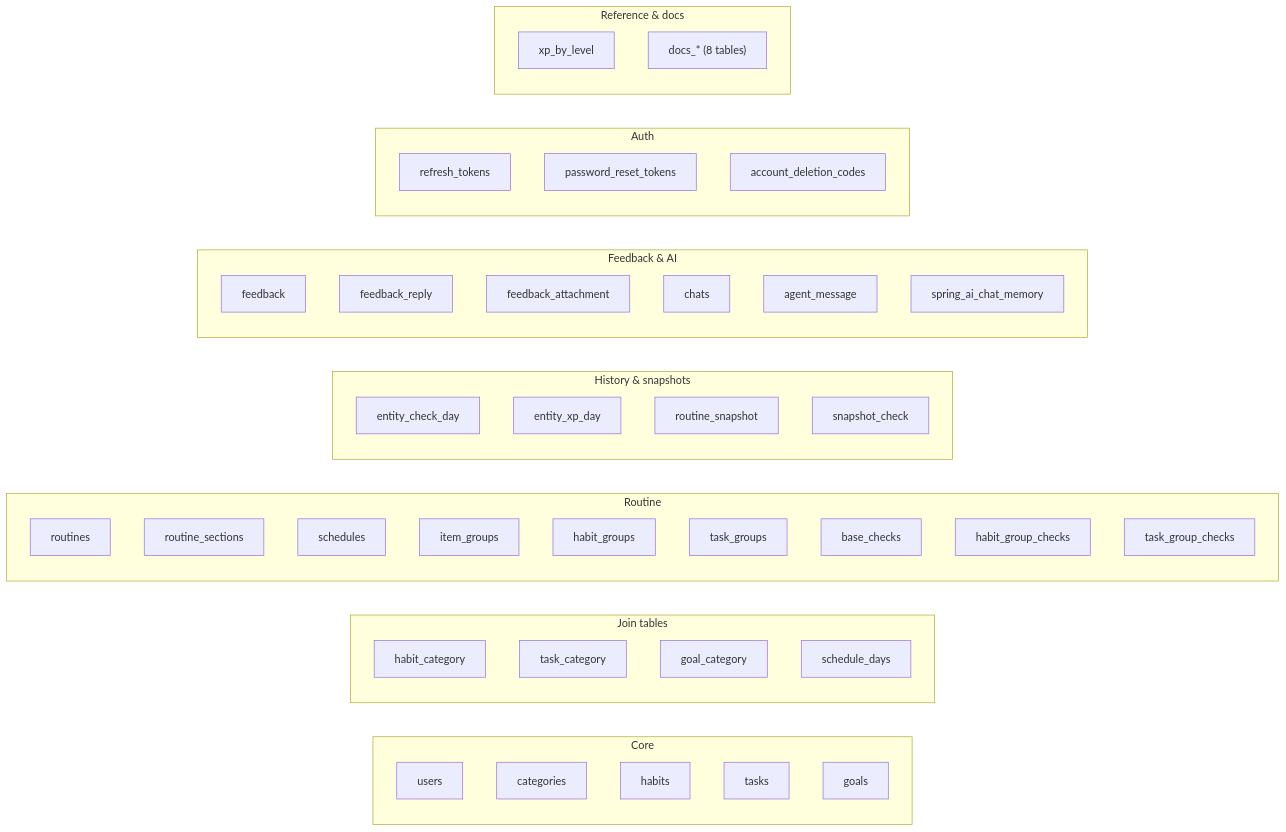
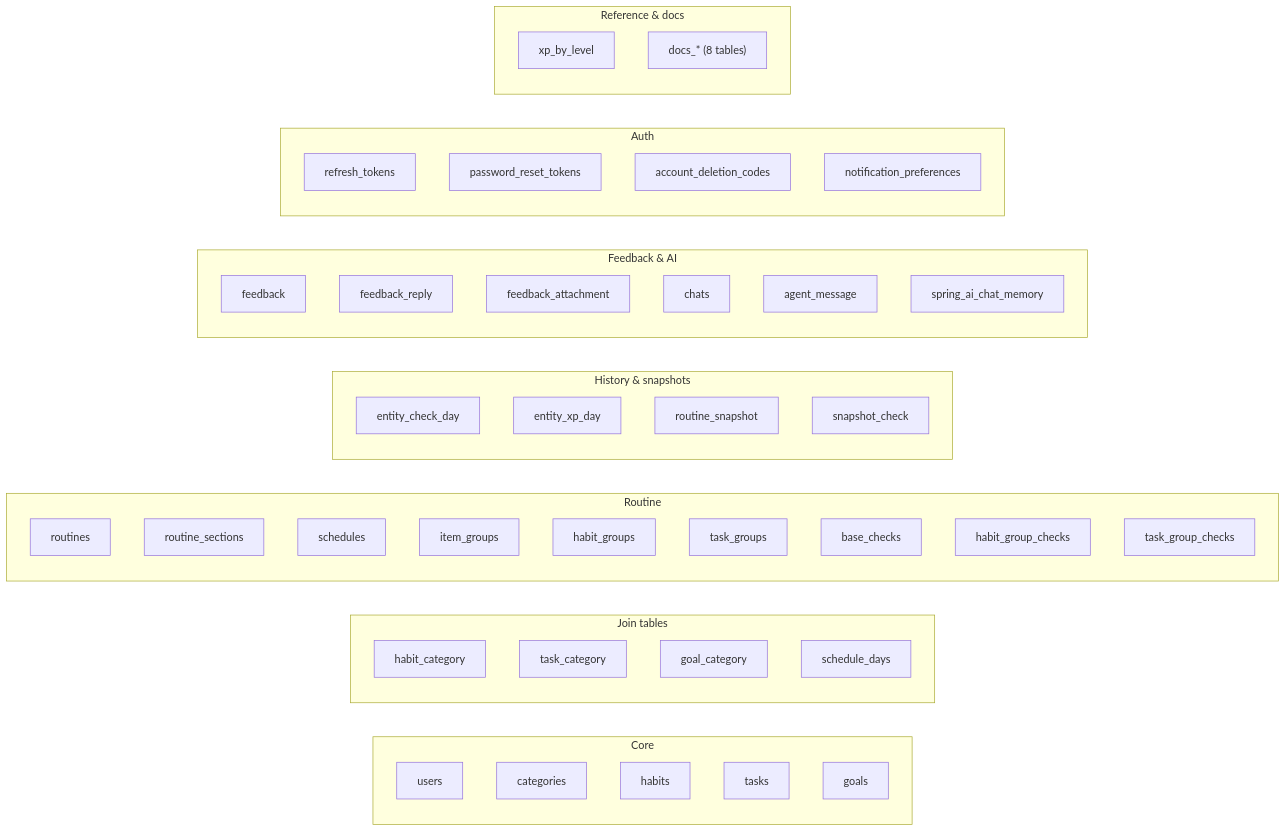
The fifth of 5 diagrams in architecture/domain-model/en.md (AndDev741/Beyou-arch-design), drawn with Mermaid before and after one commit. The commit also changed other lines of this file and 7 other files, not shown here.

````diff
--- a/architecture/domain-model/en.md
+++ b/architecture/domain-model/en.md
@@ -367,56 +372,57 @@
 ```mermaid
 flowchart LR
   subgraph core["Core"]
     users
     categories
     habits
     tasks
     goals
   end
 
   subgraph joins["Join tables"]
     habit_category
     task_category
     goal_category
     schedule_days
   end
 
   subgraph routine["Routine"]
     routines
     routine_sections
     schedules
     item_groups
     habit_groups
     task_groups
     base_checks
     habit_group_checks
     task_group_checks
   end
 
   subgraph history["History & snapshots"]
     entity_check_day
     entity_xp_day
     routine_snapshot
     snapshot_check
   end
 
   subgraph support["Feedback & AI"]
     feedback
     feedback_reply
     feedback_attachment
     chats
     agent_message
     spring_ai_chat_memory
   end
 
   subgraph auth["Auth"]
     refresh_tokens
     password_reset_tokens
     account_deletion_codes
+    notification_preferences
   end
 
   subgraph system["Reference & docs"]
     xp_by_level
     docs_tables["docs_* (8 tables)"]
   end
 ```
````
